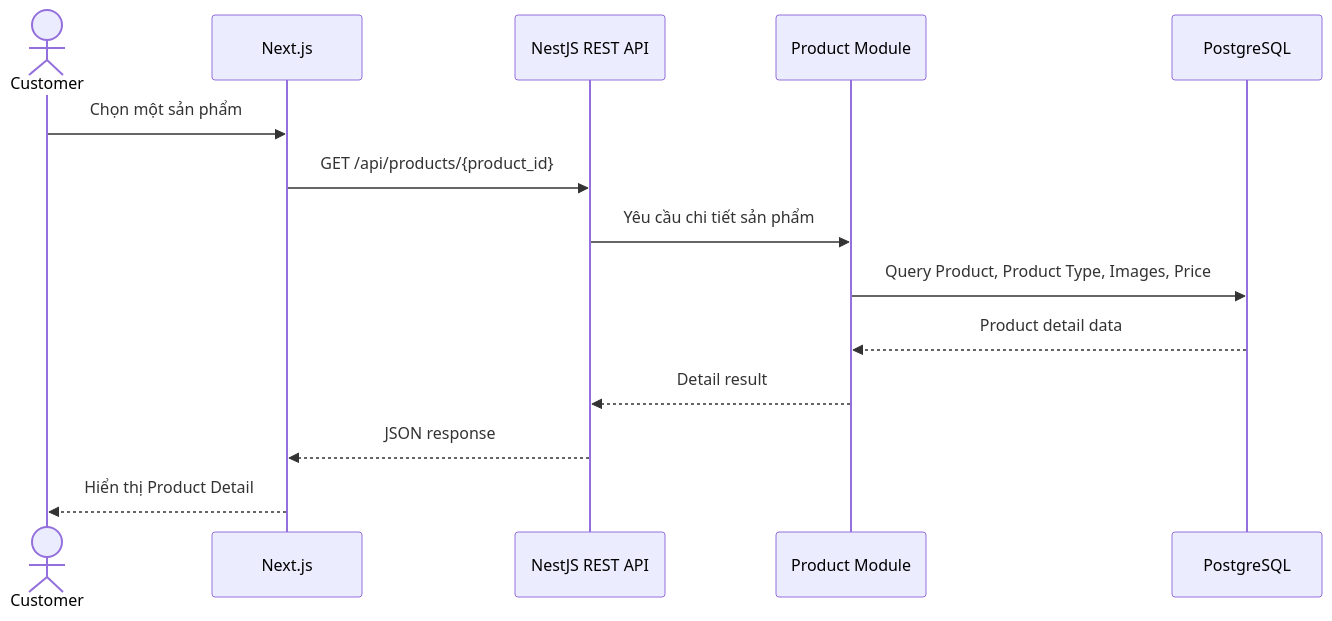
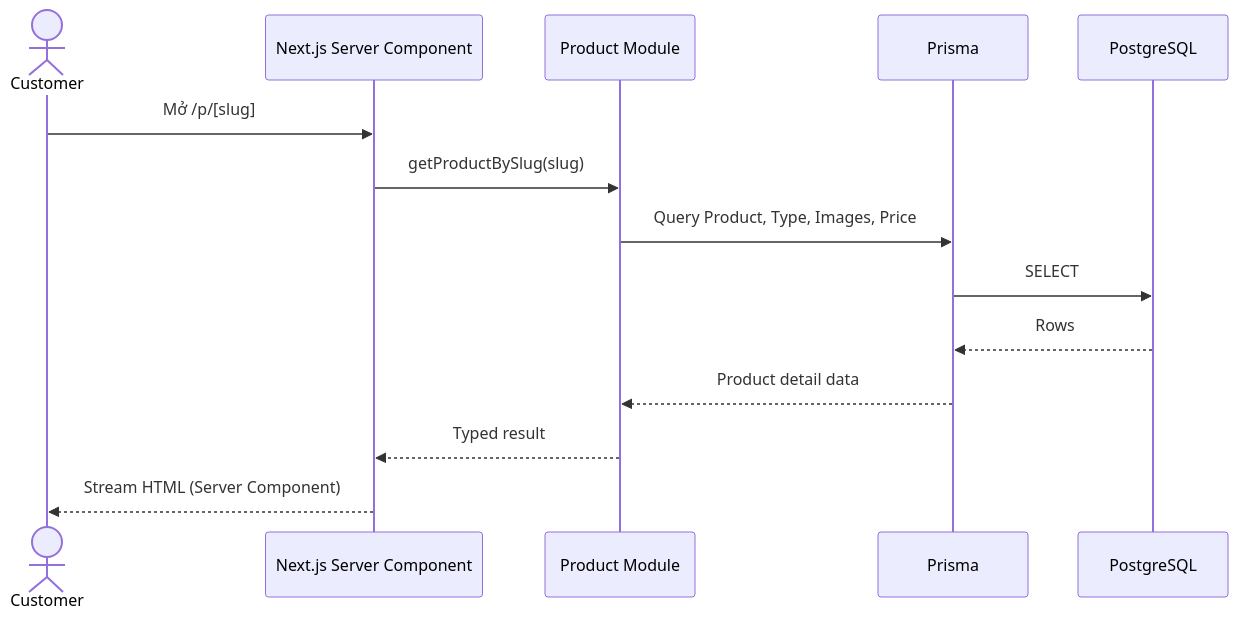
One commit to khanhtung2410/ant-jewelry changed the third of 5 diagrams in docs/ARCHITECTURE.md. Above: the diagram before and after it, drawn with Mermaid. The commit also changed other lines of this file and 2 other files, not shown here.

First line of the commit message:
docs: sitemap + single Next.js architecture (#8)

````diff
--- a/docs/ARCHITECTURE.md
+++ b/docs/ARCHITECTURE.md
@@ -514,17 +507,17 @@
 ```mermaid
 sequenceDiagram
     actor Customer
-    participant FE as Next.js
-    participant API as NestJS REST API
+    participant RSC as Next.js Server Component
     participant Product as Product Module
+    participant Prisma as Prisma
     participant DB as PostgreSQL
 
-    Customer->>FE: Chọn một sản phẩm
-    FE->>API: GET /api/products/{product_id}
-    API->>Product: Yêu cầu chi tiết sản phẩm
-    Product->>DB: Query Product, Product Type, Images, Price
-    DB-->>Product: Product detail data
-    Product-->>API: Detail result
-    API-->>FE: JSON response
-    FE-->>Customer: Hiển thị Product Detail
+    Customer->>RSC: Mở /p/[slug]
+    RSC->>Product: getProductBySlug(slug)
+    Product->>Prisma: Query Product, Type, Images, Price
+    Prisma->>DB: SELECT
+    DB-->>Prisma: Rows
+    Prisma-->>Product: Product detail data
+    Product-->>RSC: Typed result
+    RSC-->>Customer: Stream HTML (Server Component)
 ```
````
